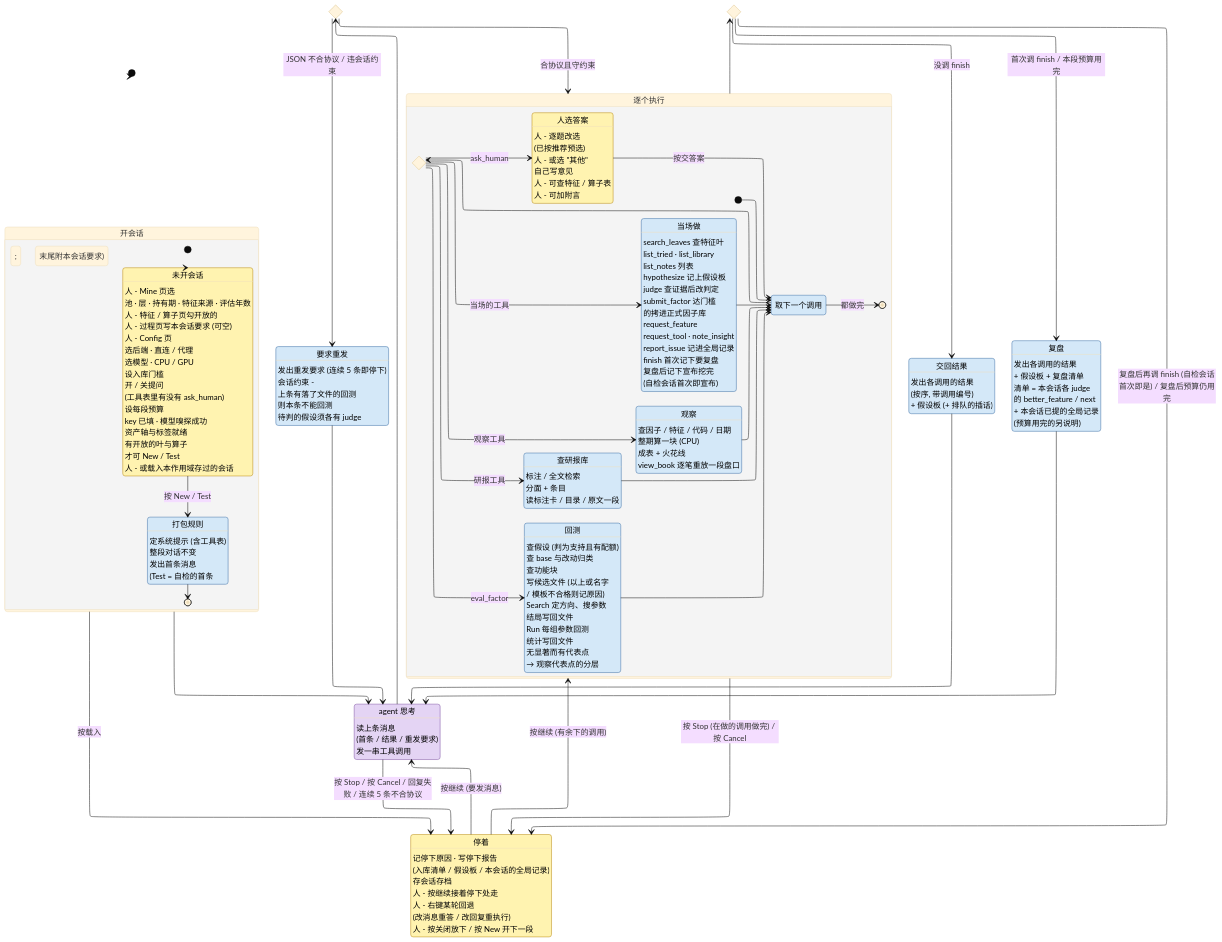
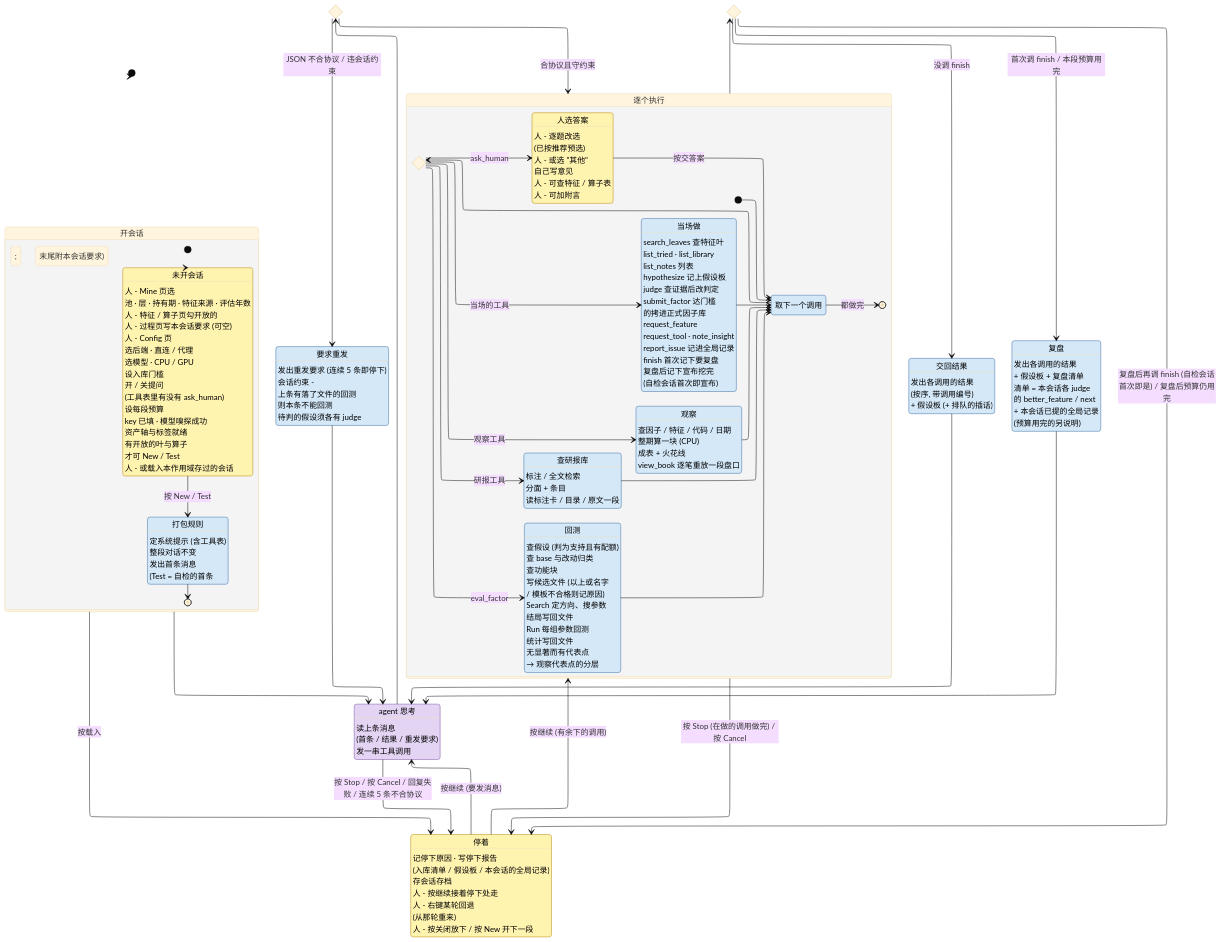
One commit to CoCoMilkyWay/stk changed the diagram in AGENT.md. Above: the diagram before and after it, drawn with Mermaid (base theme). The commit also changed other lines of this file and 23 other files, not shown here.

```diff
--- a/AGENT.md
+++ b/AGENT.md
@@ -181,7 +183,7 @@
     Pause : 存会话存档
     Pause : 人 - 按继续接着停下处走
     Pause : 人 - 右键某轮回退
-    Pause : (改消息重答 / 改回复重执行)
+    Pause : (从那轮重来)
     Pause : 人 - 按关闭放下 / 按 New 开下一段
 
     [*] --> GOpen
```
